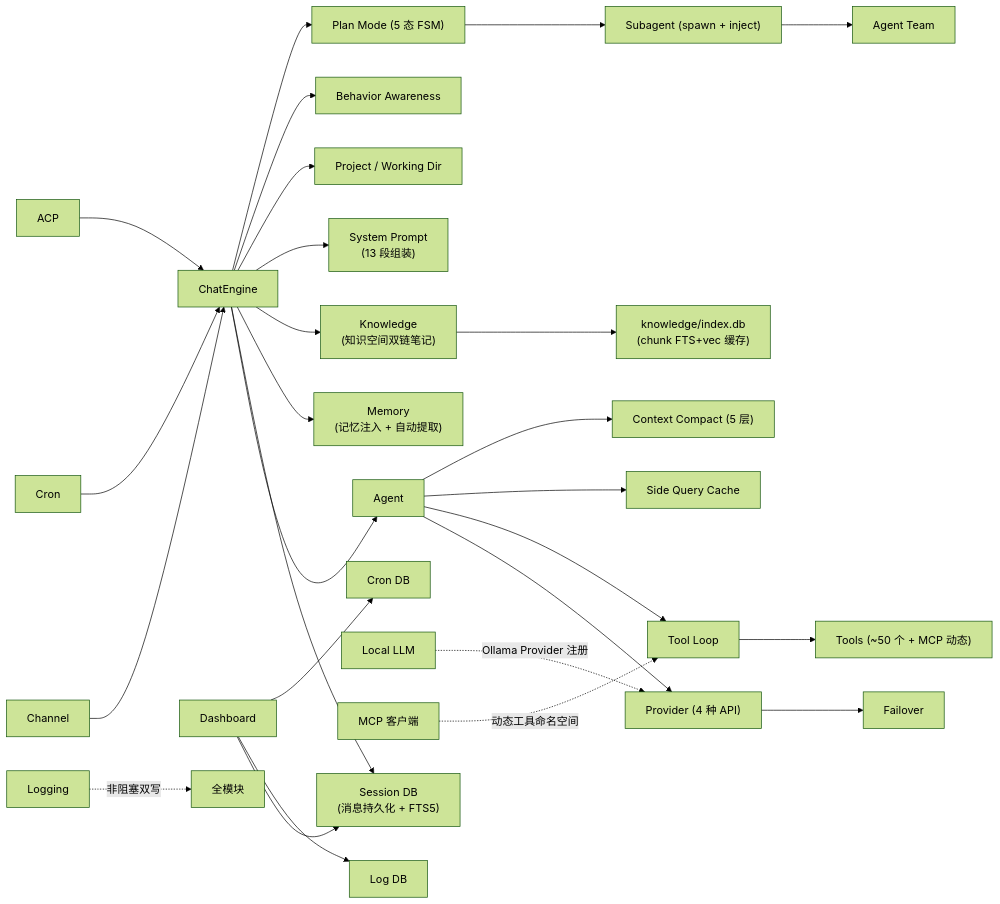
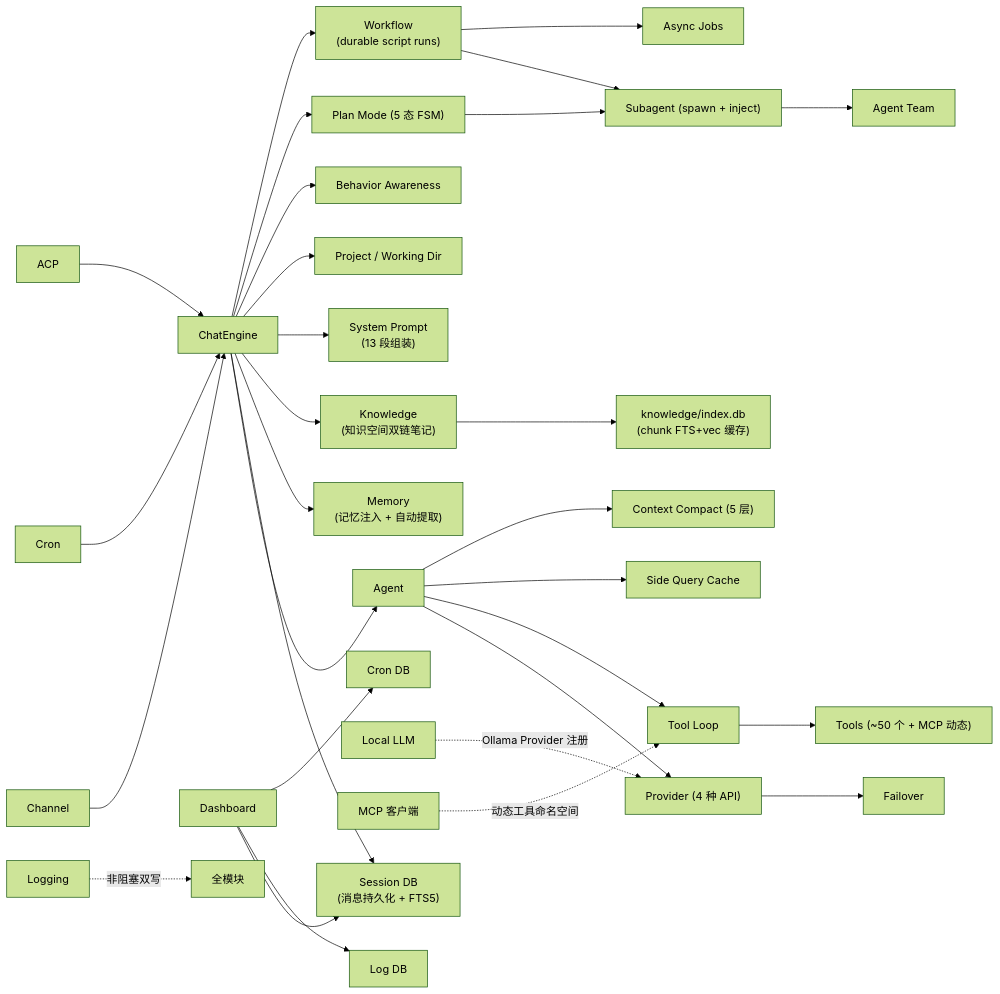
The fourth of 4 diagrams in docs/architecture/overview.md (shiwenwen/hope-agent), drawn with Mermaid (forest theme) before and after one commit. The commit also changed other lines of this file and 12 other files, not shown here.

Commit message:
docs: document workflow architecture roadmap

````diff
--- a/docs/architecture/overview.md
+++ b/docs/architecture/overview.md
@@ -133,32 +133,35 @@
 ```mermaid
 graph LR
     ChatEngine["ChatEngine"] --> Agent["Agent"]
     Agent --> Provider["Provider (4 种 API)"]
     Provider --> Failover["Failover"]
     Agent --> ToolLoop["Tool Loop"]
     ToolLoop --> Tools["Tools (~50 个 + MCP 动态)"]
     Agent --> SideQuery["Side Query Cache"]
     Agent --> ContextCompact["Context Compact (5 层)"]
 
     ChatEngine --> SessionDB["Session DB<br/>(消息持久化 + FTS5)"]
     ChatEngine --> Memory["Memory<br/>(记忆注入 + 自动提取)"]
     ChatEngine --> Knowledge["Knowledge<br/>(知识空间双链笔记)"]
     Knowledge --> KbIndex["knowledge/index.db<br/>(chunk FTS+vec 缓存)"]
     ChatEngine --> SystemPrompt["System Prompt<br/>(13 段组装)"]
     ChatEngine --> ProjectCtx["Project / Working Dir"]
     ChatEngine --> Awareness["Behavior Awareness"]
     ChatEngine --> PlanMode["Plan Mode (5 态 FSM)"]
+    ChatEngine --> Workflow["Workflow<br/>(durable script runs)"]
     PlanMode --> Subagent["Subagent (spawn + inject)"]
+    Workflow --> Subagent
+    Workflow --> AsyncJobs["Async Jobs"]
     Subagent --> Team["Agent Team"]
 
     Channel["Channel"] --> ChatEngine
     Cron["Cron"] --> ChatEngine
     ACP["ACP"] --> ChatEngine
     LocalLLM["Local LLM"] -.->|"Ollama Provider 注册"| Provider
     MCP["MCP 客户端"] -.->|"动态工具命名空间"| ToolLoop
     Dashboard["Dashboard"] --> SessionDB
     Dashboard --> LogDB["Log DB"]
     Dashboard --> CronDB["Cron DB"]
     Logging["Logging"] -.->|"非阻塞双写"| AllModules["全模块"]
 
 ```
````
